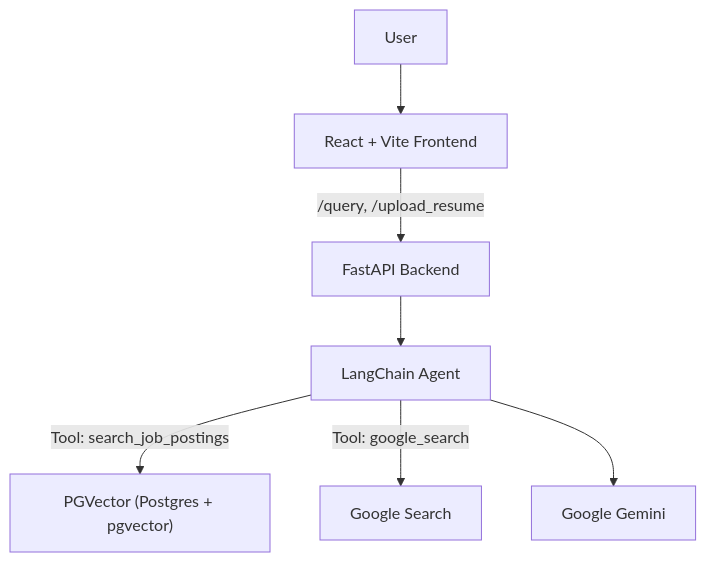
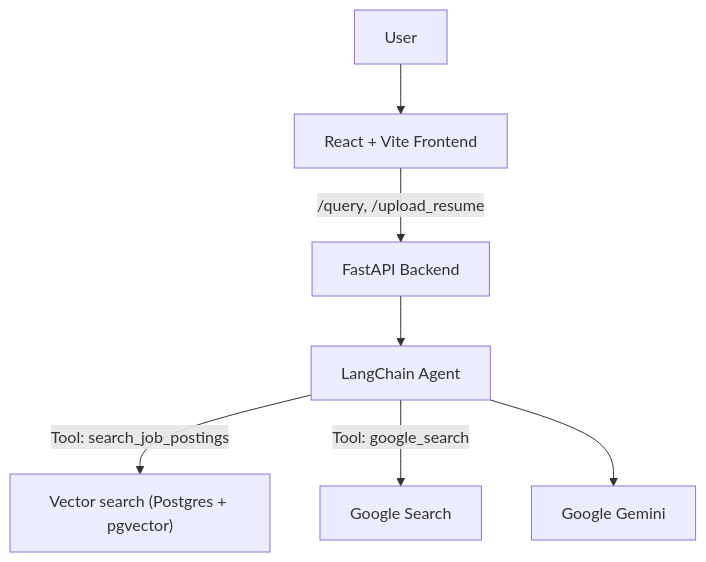
Before and after one commit to TomZhang11/Job-Market-AI-Backend: the diagram in README.md, drawn with Mermaid.

````diff
--- a/README.md
+++ b/README.md
@@ -17,9 +17,9 @@
 ```mermaid
 graph TD
   U["User"] --> FE["React + Vite Frontend"]
   FE -->|"/query, /upload_resume"| BE["FastAPI Backend"]
   BE --> AG["LangChain Agent"]
-  AG -->|"Tool: search_job_postings"| VS["PGVector (Postgres + pgvector)"]
+  AG -->|"Tool: search_job_postings"| VS["Vector search (Postgres + pgvector)"]
   AG -->|"Tool: google_search"| GS["Google Search"]
   AG --> GEM["Google Gemini"]
 ```
````
